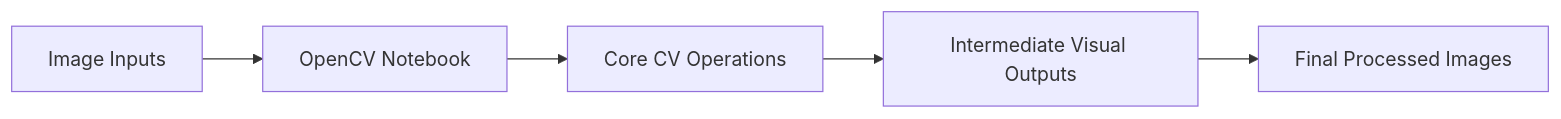
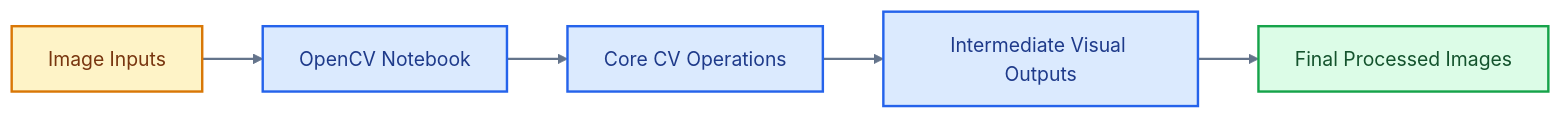
One commit to skx56/cv2_assign changed the diagram in README.md. Above: the diagram before and after it, drawn with Mermaid.

Commit message:
Colorize README architecture diagram

````diff
--- a/README.md
+++ b/README.md
@@ -29,7 +29,17 @@
 ```mermaid
 flowchart LR
   Images["Image Inputs"] --> Notebook["OpenCV Notebook"]
   Notebook --> Operations["Core CV Operations"]
   Operations --> Visuals["Intermediate Visual Outputs"]
   Visuals --> Results["Final Processed Images"]
+
+  classDef inputs fill:#FEF3C7,stroke:#D97706,color:#78350F,stroke-width:2px;
+  classDef process fill:#DBEAFE,stroke:#2563EB,color:#1E3A8A,stroke-width:2px;
+  classDef data fill:#DCFCE7,stroke:#16A34A,color:#14532D,stroke-width:2px;
+  classDef agent fill:#F3E8FF,stroke:#9333EA,color:#581C87,stroke-width:2px;
+  classDef output fill:#FFE4E6,stroke:#E11D48,color:#881337,stroke-width:2px;
+  class Images inputs;
+  class Notebook,Operations,Visuals process;
+  class Results data;
+  linkStyle default stroke:#64748B,stroke-width:2px;
 ```
````
